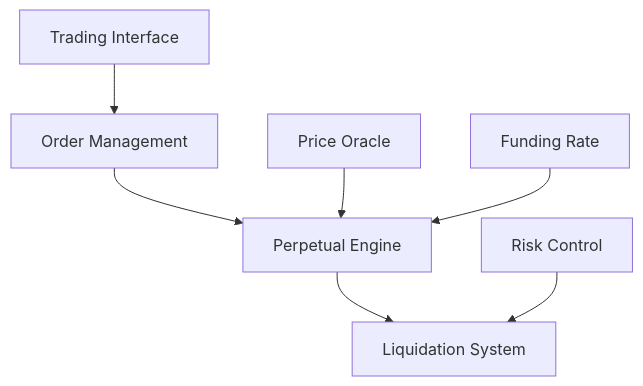
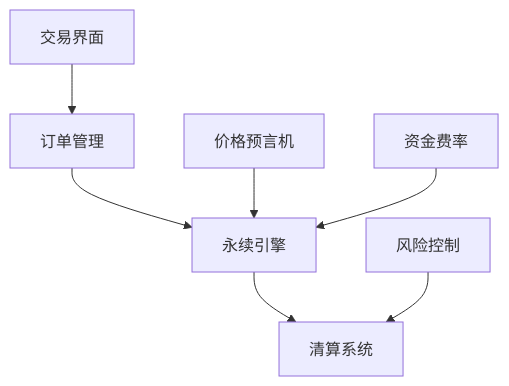
One commit to LaozpGZ/TriplexDocumentation changed the diagram in content/en/perpsDoc/overview.mdx. Above: the diagram before and after it, drawn with Mermaid. The commit also changed other lines of this file and 187 other files, not shown here.

````diff
--- a/content/en/perpsDoc/overview.mdx
+++ b/content/en/perpsDoc/overview.mdx
@@ -35,9 +35,9 @@
 ```mermaid
 graph TD
-    A[Trading Interface] --> B[Order Management]
-    B --> C[Perpetual Engine]
-    C --> D[Liquidation System]
-    E[Price Oracle] --> C
-    F[Risk Control] --> D
-    G[Funding Rate] --> C
+    A[交易界面] --> B[订单管理]
+    B --> C[永续引擎]
+    C --> D[清算系统]
+    E[价格预言机] --> C
+    F[风险控制] --> D
+    G[资金费率] --> C
 ```
````
